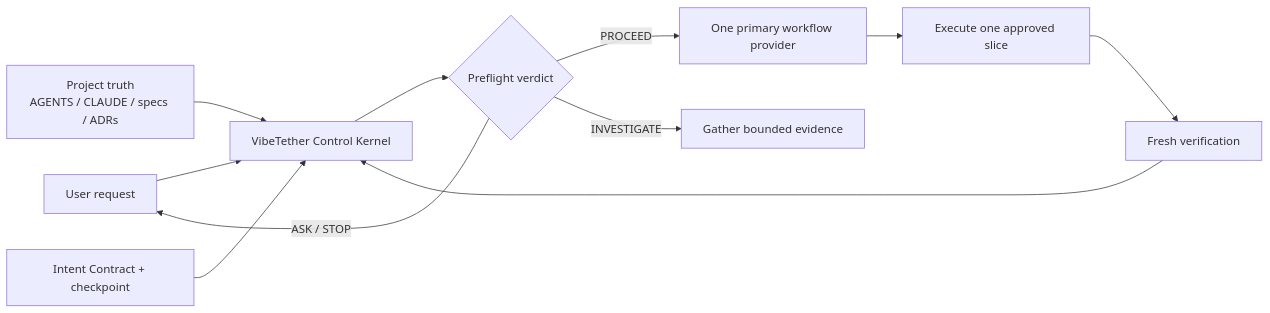
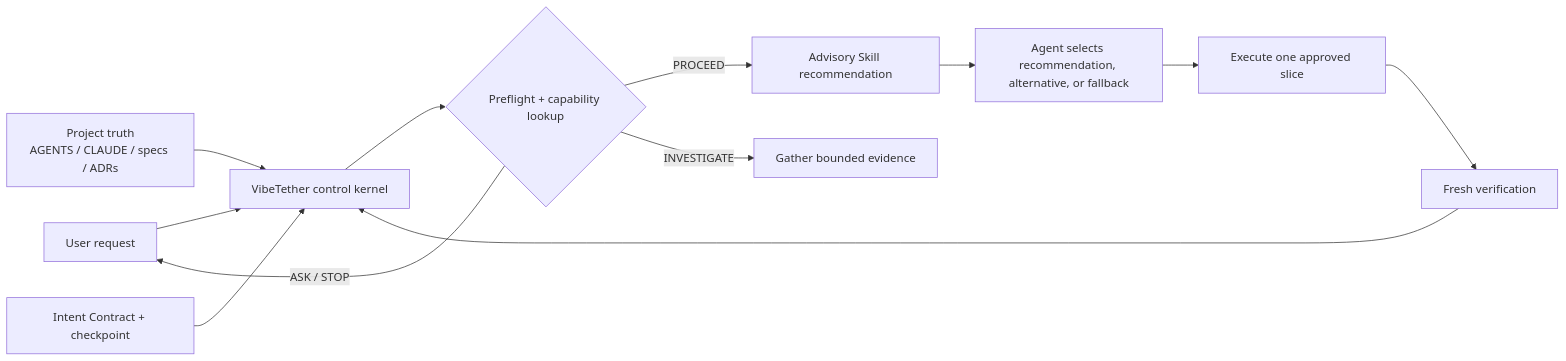
Before and after one commit to t01089572455/vibetether: the first of 2 diagrams in README.md, drawn with Mermaid. The commit also changed other lines of this file and 45 other files, not shown here.

Commit message:
feat: add advisory provider bundles and routing

````diff
--- a/README.md
+++ b/README.md
@@ -58,13 +65,14 @@
 ```mermaid
 flowchart LR
-    U["User request"] --> K["VibeTether Control Kernel"]
+    U["User request"] --> K["VibeTether control kernel"]
     P["Project truth\nAGENTS / CLAUDE / specs / ADRs"] --> K
     C["Intent Contract + checkpoint"] --> K
-    K --> G{"Preflight verdict"}
-    G -->|"PROCEED"| R["One primary workflow provider"]
+    K --> G{"Preflight + capability lookup"}
+    G -->|"PROCEED"| R["Advisory Skill recommendation"]
     G -->|"INVESTIGATE"| I["Gather bounded evidence"]
     G -->|"ASK / STOP"| U
-    R --> E["Execute one approved slice"]
+    R --> A["Agent selects recommendation, alternative, or fallback"]
+    A --> E["Execute one approved slice"]
     E --> V["Fresh verification"]
     V --> K
 ```
````
